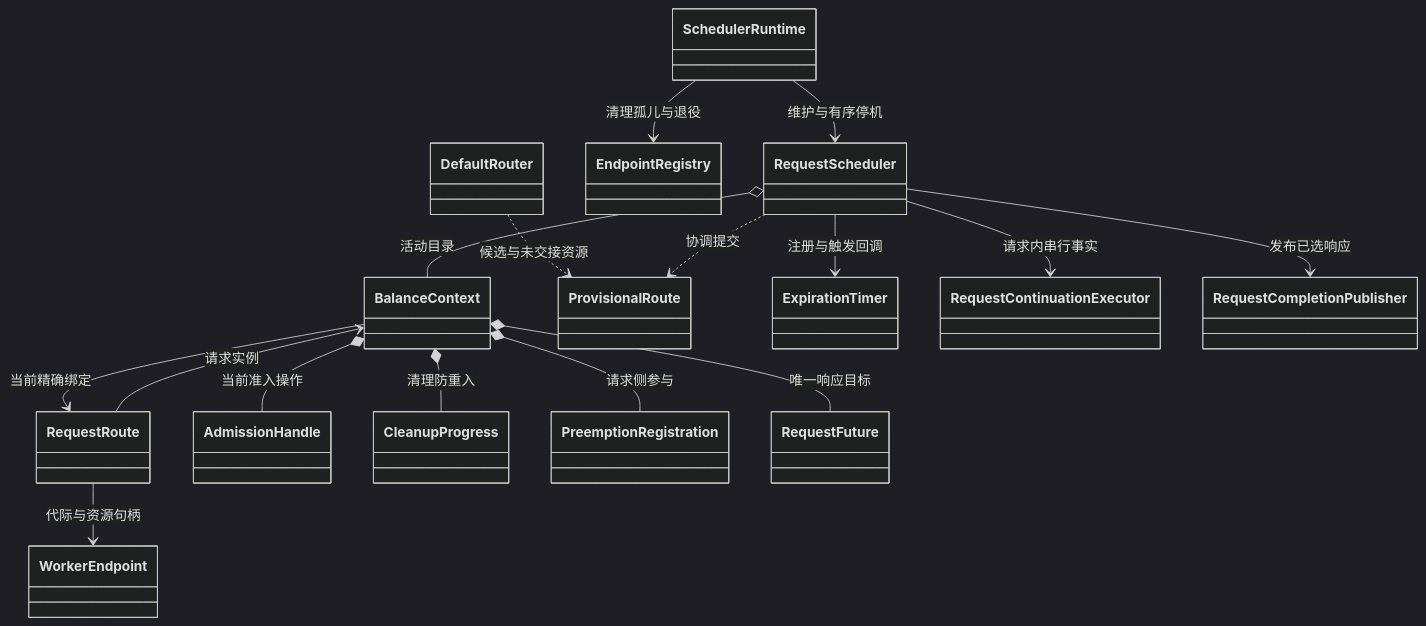
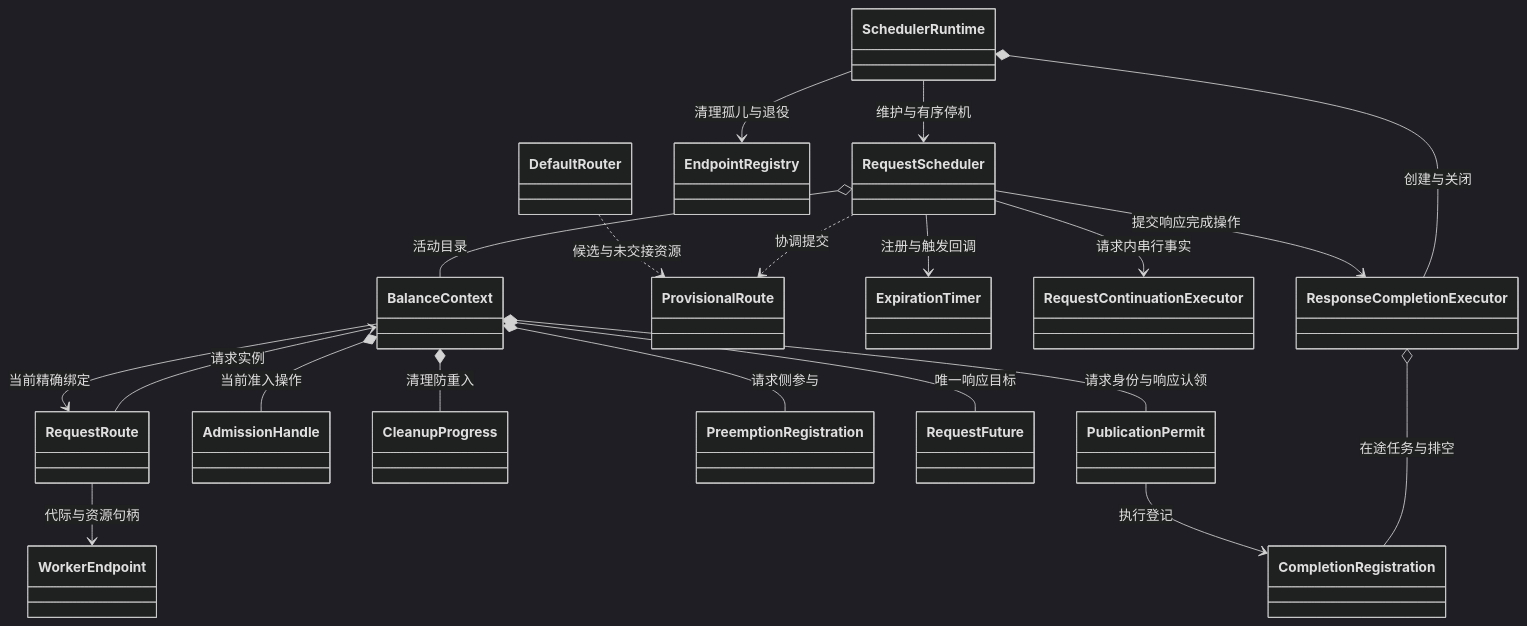
One commit to MincongZhou/rtp-llm changed the second of 6 diagrams in rtp_llm/flexlb/docs/current-class-diagram.md. Above: the diagram before and after it, drawn with Mermaid (dark theme). The commit also changed 12 other files, not shown here.

Commit message:
refactor(flexlb): separate response execution from request protocol

````diff
--- a/rtp_llm/flexlb/docs/current-class-diagram.md
+++ b/rtp_llm/flexlb/docs/current-class-diagram.md
@@ -121,18 +121,22 @@
 ```mermaid
 classDiagram
     SchedulerRuntime --> RequestScheduler : 维护与有序停机
     SchedulerRuntime --> EndpointRegistry : 清理孤儿与退役
     RequestScheduler o-- BalanceContext : 活动目录
     BalanceContext --> RequestRoute : 当前精确绑定
     RequestRoute --> BalanceContext : 请求实例
     RequestRoute --> WorkerEndpoint : 代际与资源句柄
     DefaultRouter ..> ProvisionalRoute : 候选与未交接资源
     RequestScheduler ..> ProvisionalRoute : 协调提交
     BalanceContext *-- AdmissionHandle : 当前准入操作
     BalanceContext *-- CleanupProgress : 清理防重入
     BalanceContext *-- PreemptionRegistration : 请求侧参与
     BalanceContext *-- RequestFuture : 唯一响应目标
     RequestScheduler --> ExpirationTimer : 注册与触发回调
     RequestScheduler --> RequestContinuationExecutor : 请求内串行事实
-    RequestScheduler --> RequestCompletionPublisher : 发布已选响应
+    RequestScheduler --> ResponseCompletionExecutor : 提交响应完成操作
+    SchedulerRuntime *-- ResponseCompletionExecutor : 创建与关闭
+    BalanceContext *-- PublicationPermit : 请求身份与响应认领
+    PublicationPermit --> CompletionRegistration : 执行登记
+    ResponseCompletionExecutor o-- CompletionRegistration : 在途任务与排空
 ```
````
